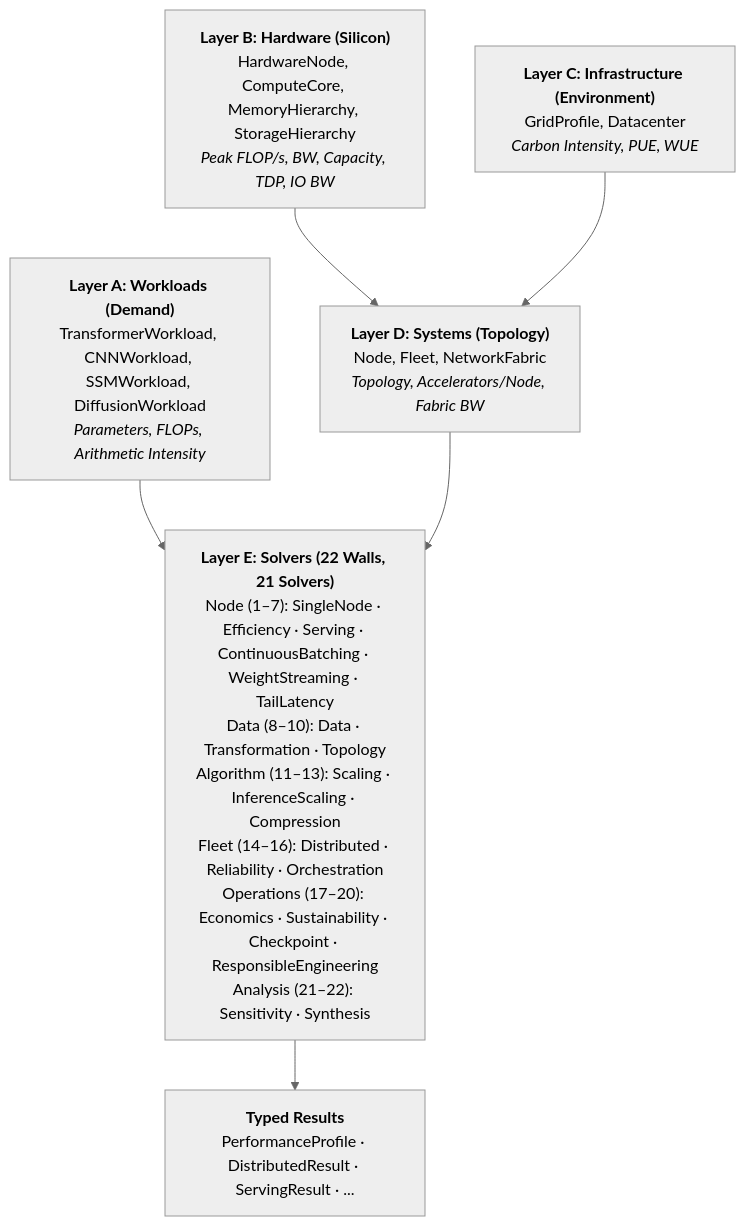
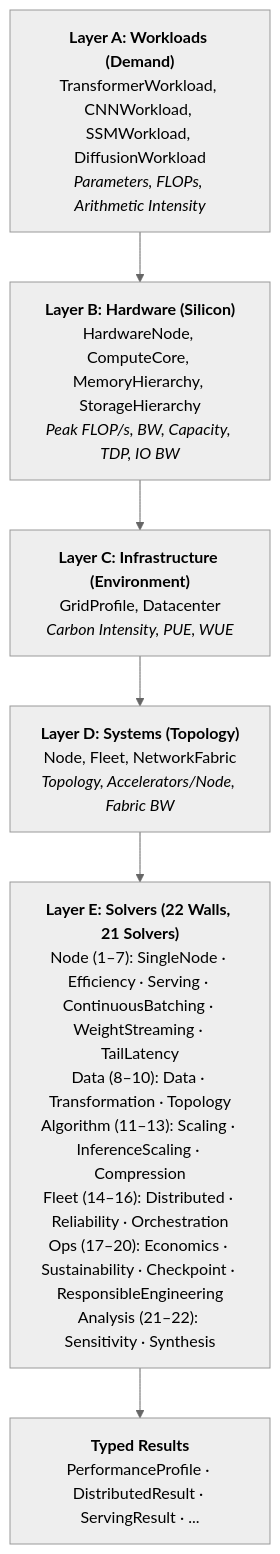
The diagram in mlsysim/docs/architecture.qmd (harvard-edge/cs249r_book), drawn with Mermaid before and after one commit. The commit also changed other lines of this file and 14 other files, not shown here.

````diff
--- a/mlsysim/docs/architecture.qmd
+++ b/mlsysim/docs/architecture.qmd
@@ -17,18 +17,18 @@
 ```{mermaid}
 %%{init: {'theme': 'neutral'}}%%
 %%| fig-cap: "The MLSys·im 5-Layer Stack. Workloads (demand) are lowered onto Hardware (supply) through Infrastructure and Systems layers. Solvers bridge demand and supply to produce analytical profiles."
 %%| fig-width: 100%
 flowchart TB
     A["<b>Layer A: Workloads (Demand)</b><br/>TransformerWorkload, CNNWorkload, SSMWorkload, DiffusionWorkload<br/><i>Parameters, FLOPs, Arithmetic Intensity</i>"]
     B["<b>Layer B: Hardware (Silicon)</b><br/>HardwareNode, ComputeCore, MemoryHierarchy, StorageHierarchy<br/><i>Peak FLOP/s, BW, Capacity, TDP, IO BW</i>"]
     C["<b>Layer C: Infrastructure (Environment)</b><br/>GridProfile, Datacenter<br/><i>Carbon Intensity, PUE, WUE</i>"]
     D["<b>Layer D: Systems (Topology)</b><br/>Node, Fleet, NetworkFabric<br/><i>Topology, Accelerators/Node, Fabric BW</i>"]
-    E["<b>Layer E: Solvers (22 Walls, 21 Solvers)</b><br/>Node (1–7): SingleNode · Efficiency · Serving · ContinuousBatching · WeightStreaming · TailLatency<br/>Data (8–10): Data · Transformation · Topology<br/>Algorithm (11–13): Scaling · InferenceScaling · Compression<br/>Fleet (14–16): Distributed · Reliability · Orchestration<br/>Operations (17–20): Economics · Sustainability · Checkpoint · ResponsibleEngineering<br/>Analysis (21–22): Sensitivity · Synthesis"]
+    E["<b>Layer E: Solvers (22 Walls, 21 Solvers)</b><br/>Node (1–7): SingleNode · Efficiency · Serving · ContinuousBatching · WeightStreaming · TailLatency<br/>Data (8–10): Data · Transformation · Topology<br/>Algorithm (11–13): Scaling · InferenceScaling · Compression<br/>Fleet (14–16): Distributed · Reliability · Orchestration<br/>Ops (17–20): Economics · Sustainability · Checkpoint · ResponsibleEngineering<br/>Analysis (21–22): Sensitivity · Synthesis"]
     F["<b>Typed Results</b><br/>PerformanceProfile · DistributedResult · ServingResult · ..."]
 
-    A --> E
-    B --> D
+    A --> B
+    B --> C
     C --> D
     D --> E
     E --> F
 ```
````
